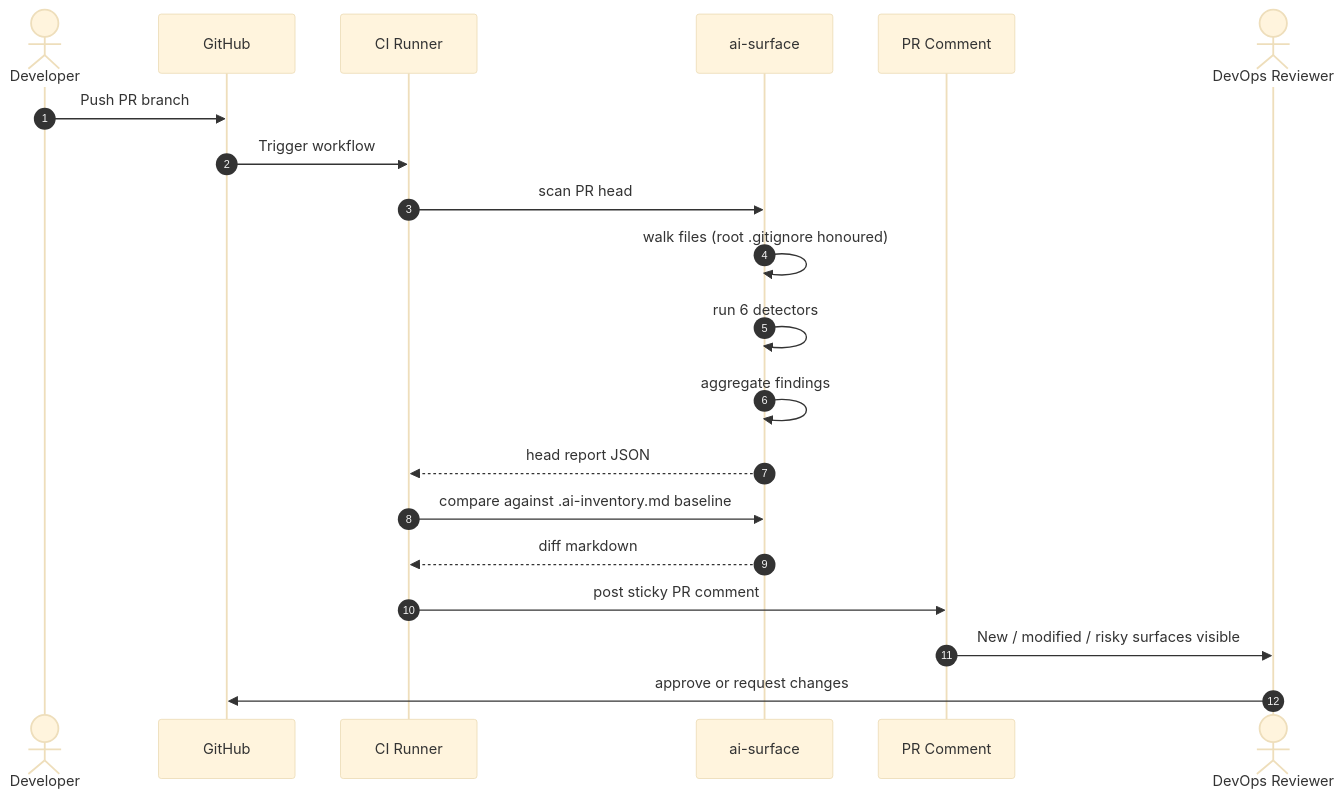
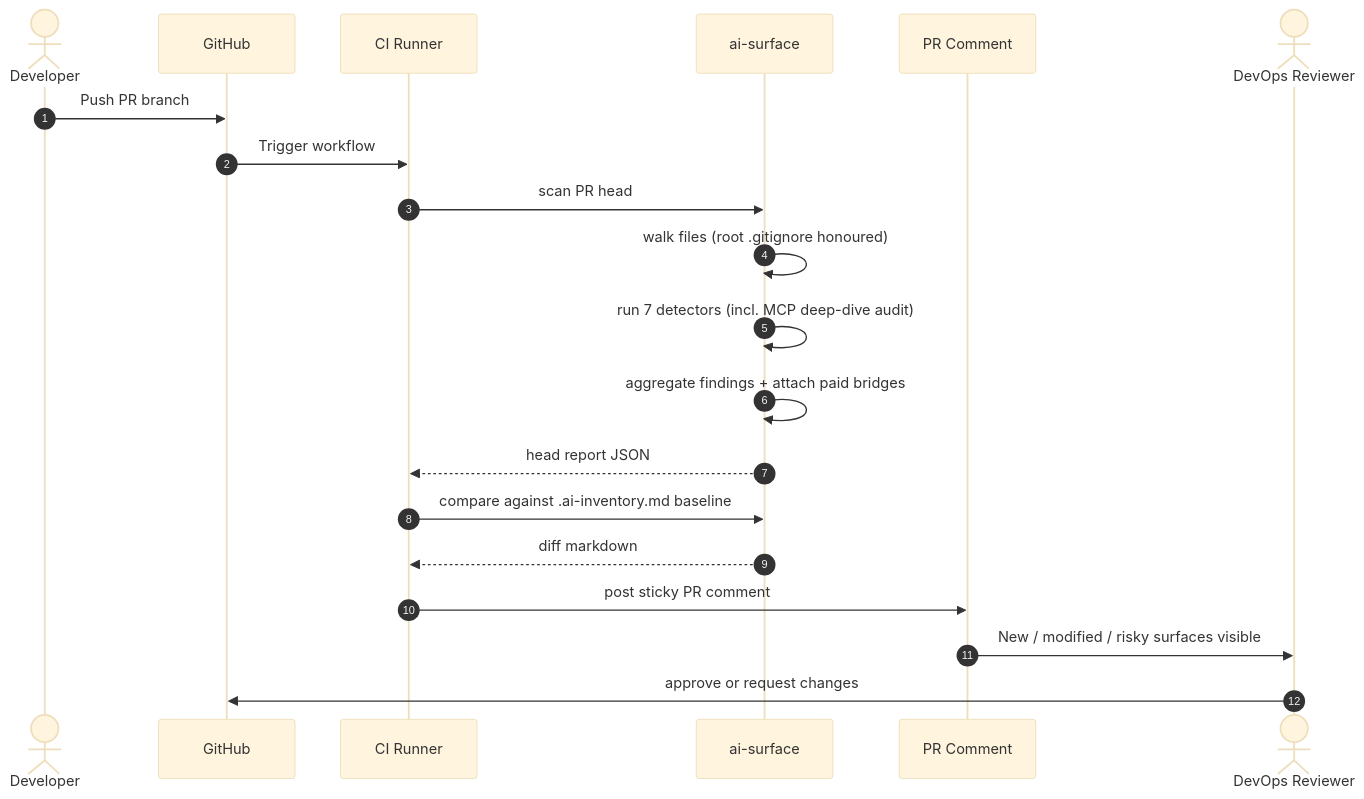
The third of 4 diagrams in README.md (actions-marketplace-validations/apisec-inc_AI-Surface), drawn with Mermaid (base theme) before and after one commit. The commit also changed other lines of this file, not shown here.

````diff
--- a/README.md
+++ b/README.md
@@ -301,23 +309,23 @@
 ```mermaid
 sequenceDiagram
     autonumber
     actor Dev as Developer
     participant Git as GitHub
     participant CI as CI Runner
     participant AS as ai-surface
     participant Comment as PR Comment
     actor Reviewer as DevOps Reviewer
 
     Dev->>Git: Push PR branch
     Git->>CI: Trigger workflow
     CI->>AS: scan PR head
     AS->>AS: walk files (root .gitignore honoured)
-    AS->>AS: run 6 detectors
-    AS->>AS: aggregate findings
+    AS->>AS: run 7 detectors (incl. MCP deep-dive audit)
+    AS->>AS: aggregate findings + attach paid bridges
     AS-->>CI: head report JSON
     CI->>AS: compare against .ai-inventory.md baseline
     AS-->>CI: diff markdown
     CI->>Comment: post sticky PR comment
     Comment->>Reviewer: New / modified / risky surfaces visible
     Reviewer->>Git: approve or request changes
 ```
````
